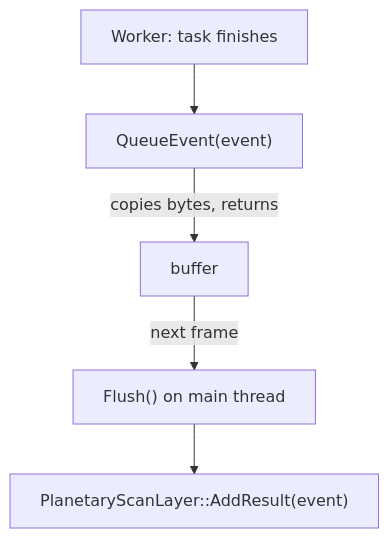
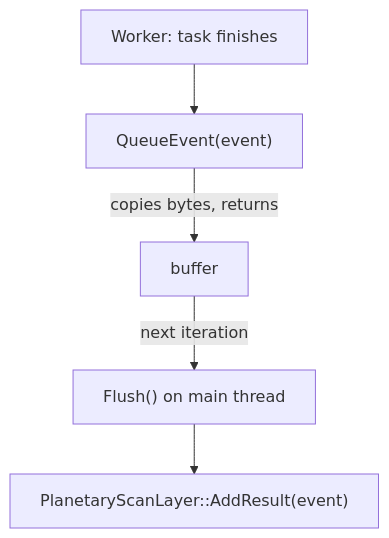
The second of 2 diagrams in docs/guide/event-system.md (eldritch-codex/nodens), drawn with Mermaid before and after one commit. The commit also changed other lines of this file and 18 other files, not shown here.

````diff
--- a/docs/guide/event-system.md
+++ b/docs/guide/event-system.md
@@ -137,7 +176,7 @@
 ```mermaid
 flowchart TD
     A["Worker: task finishes"] --> B["QueueEvent(event)"]
     B -->|"copies bytes, returns"| C["buffer"]
-    C -->|"next frame"| D["Flush() on main thread"]
+    C -->|"next iteration"| D["Flush() on main thread"]
     D --> E["PlanetaryScanLayer::AddResult(event)"]
 ```
````
